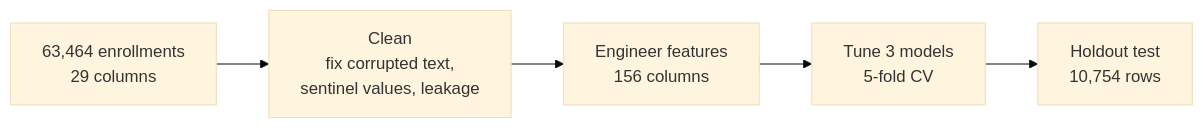
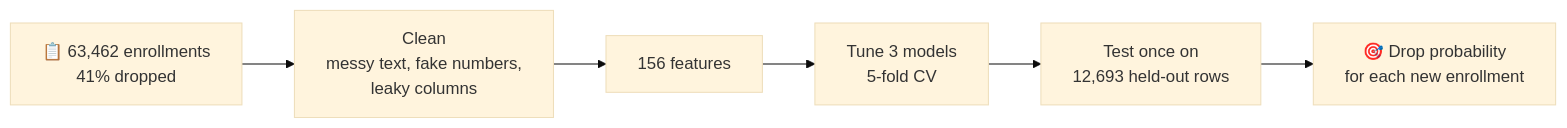
Before and after one commit to YotamEviatar-stu/Predict-Dropout: the first of 4 diagrams in README.md, drawn with Mermaid (base theme). The commit also changed other lines of this file and 16395 other files, not shown here.

````diff
--- a/README.md
+++ b/README.md
@@ -5,7 +5,8 @@
 ```mermaid
 flowchart LR
-    A[63,464 enrollments<br/>29 columns] --> B[Clean<br/>fix corrupted text,<br/>sentinel values, leakage]
-    B --> C[Engineer features<br/>156 columns]
+    A[📋 63,462 enrollments<br/>41% dropped] --> B[Clean<br/>messy text, fake numbers,<br/>leaky columns]
+    B --> C[156 features]
     C --> D[Tune 3 models<br/>5-fold CV]
-    D --> E[Holdout test<br/>10,754 rows]
+    D --> E[Test once on<br/>12,693 held-out rows]
+    E --> F[🎯 Drop probability<br/>for each new enrollment]
 ```
````
